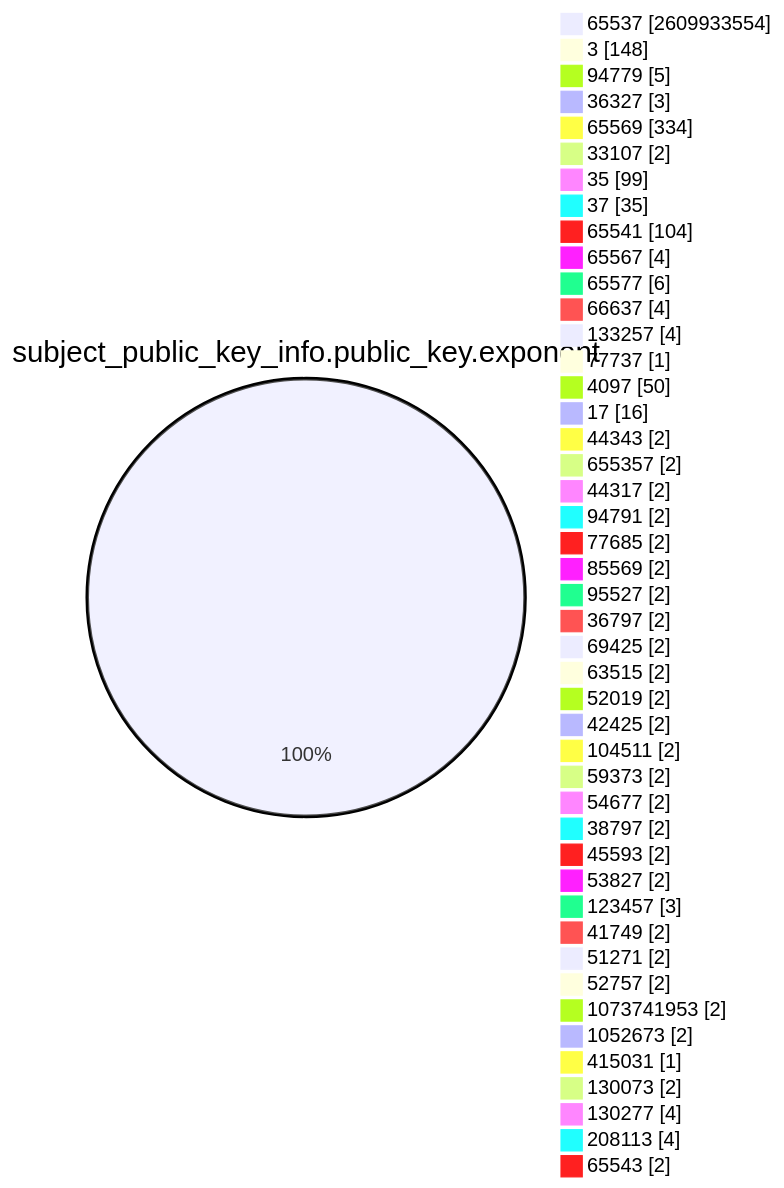
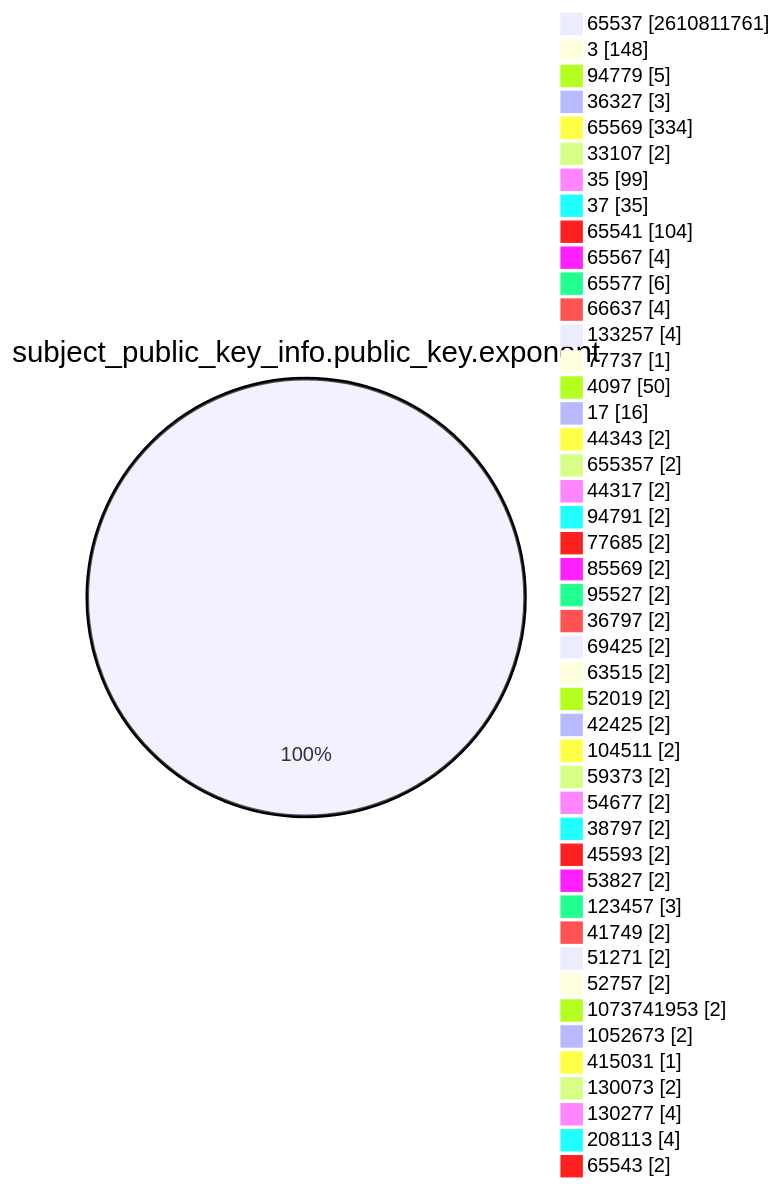
The fourth of 15 diagrams in TOTAL/README.md (christiankrug/ctmonitor_visualization), drawn with Mermaid before and after one commit. The commit also changed other lines of this file, not shown here.

````diff
--- a/TOTAL/README.md
+++ b/TOTAL/README.md
@@ -1465,49 +1466,49 @@
 ```mermaid
 pie showData
 title subject_public_key_info.public_key.exponent
-"65537" :2609933554
+"65537" :2610811761
 "3" :148
 "94779" :5
 "36327" :3
 "65569" :334
 "33107" :2
 "35" :99
 "37" :35
 "65541" :104
 "65567" :4
 "65577" :6
 "66637" :4
 "133257" :4
 "77737" :1
 "4097" :50
 "17" :16
 "44343" :2
 "655357" :2
 "44317" :2
 "94791" :2
 "77685" :2
 "85569" :2
 "95527" :2
 "36797" :2
 "69425" :2
 "63515" :2
 "52019" :2
 "42425" :2
 "104511" :2
 "59373" :2
 "54677" :2
 "38797" :2
 "45593" :2
 "53827" :2
 "123457" :3
 "41749" :2
 "51271" :2
 "52757" :2
 "1073741953" :2
 "1052673" :2
 "415031" :1
 "130073" :2
 "130277" :4
 "208113" :4
 "65543" :2
 ```
````
